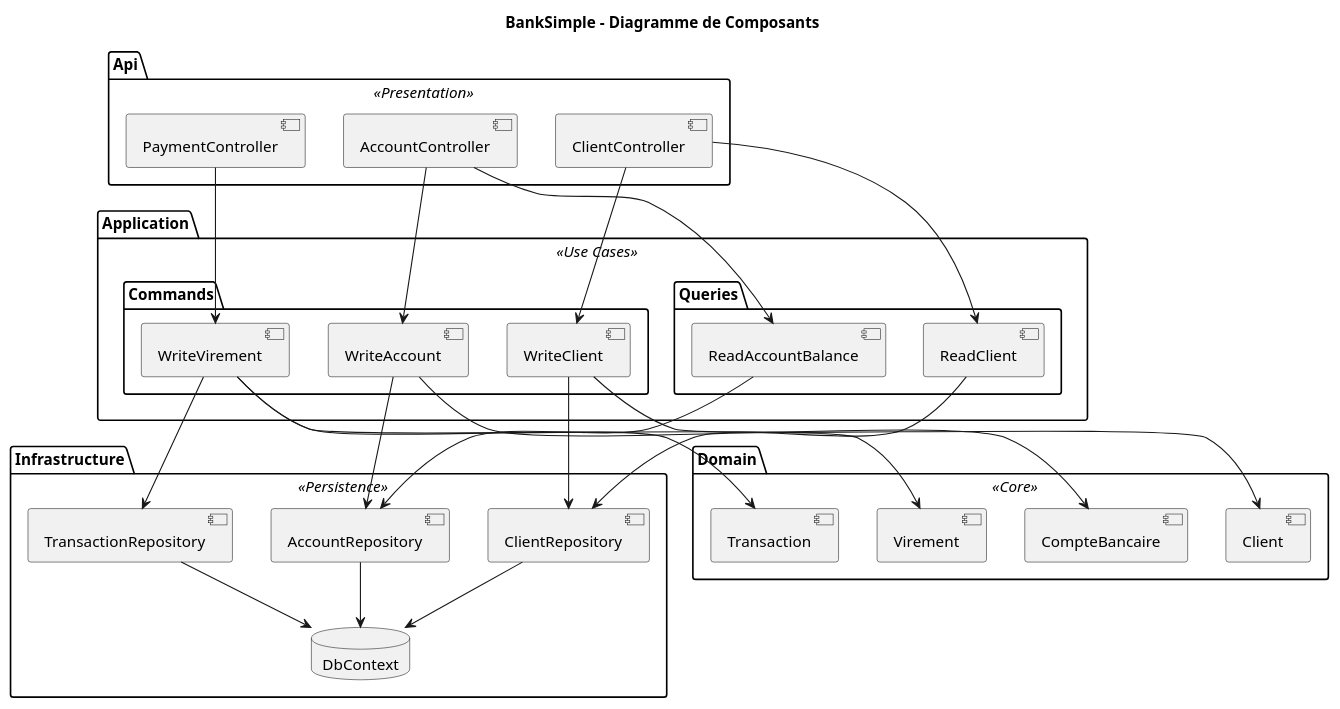
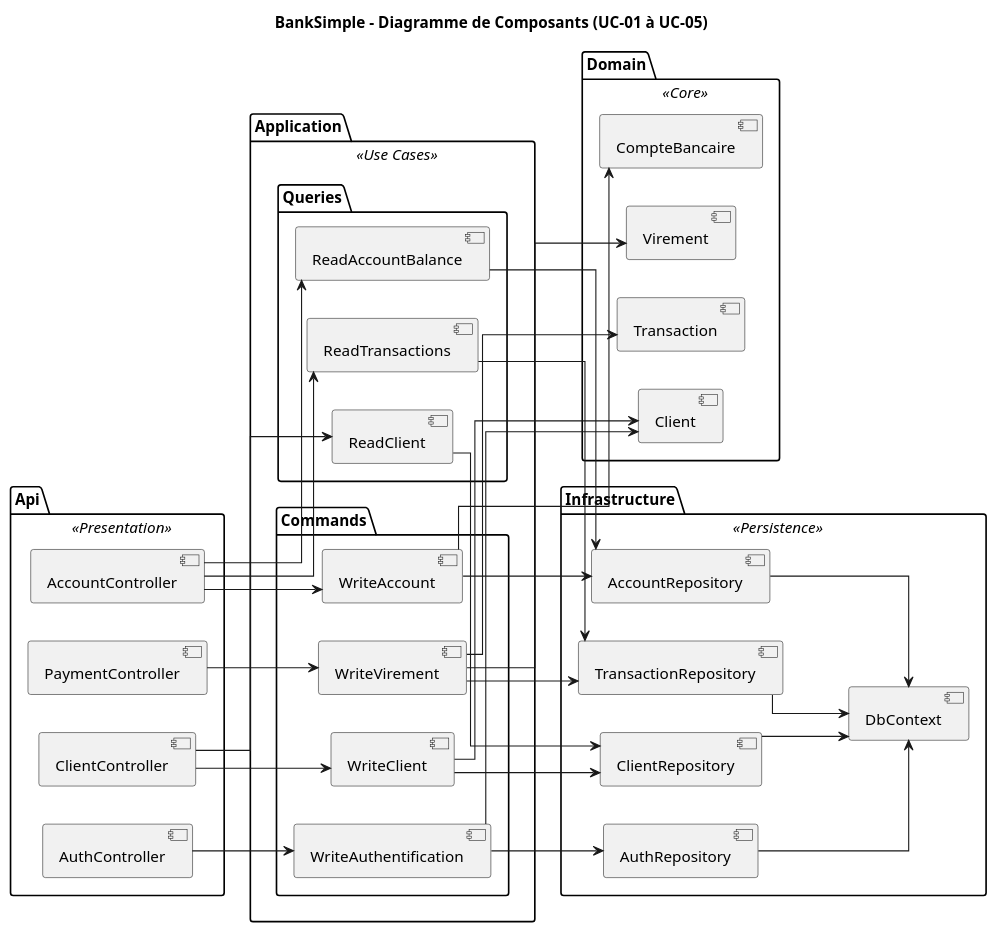
Before and after one commit to Toksunus/banksimple: the diagram in PlantUML/composant.puml, drawn with PlantUML. The commit also changed 34 other files, not shown here.

Commit message:
plantUML diagram changes

```diff
--- a/PlantUML/composant.puml
+++ b/PlantUML/composant.puml
@@ -1,63 +1,78 @@
-@startuml
-title BankSimple - Diagramme de Composants
+@startuml composant
+title BankSimple - Diagramme de Composants (UC-01 à UC-05)
+
+left to right direction
+skinparam linetype ortho
 
 package "Api" <<Presentation>> {
     [ClientController]
+    [AuthController]
     [AccountController]
     [PaymentController]
 }
 
 package "Application" <<Use Cases>> {
-    package Commands {
+    package "Commands" {
         [WriteClient]
+        [WriteAuthentification]
         [WriteAccount]
         [WriteVirement]
     }
-    
-    package Queries {
+    package "Queries" {
         [ReadClient]
         [ReadAccountBalance]
+        [ReadTransactions]
     }
 }
 
 package "Domain" <<Core>> {
     [Client]
     [CompteBancaire]
     [Virement]
     [Transaction]
 }
 
 package "Infrastructure" <<Persistence>> {
     [ClientRepository]
+    [AuthRepository]
     [AccountRepository]
     [TransactionRepository]
-    database "DbContext"
+    database [DbContext]
 }
 
-' Write flows
-[ClientController] -down-> [WriteClient]
-[WriteClient] -down-> [Client]
-[WriteClient] -right-> [ClientRepository]
+' UC-01/02 — Auth
+[AuthController] --> [WriteAuthentification]
+[WriteAuthentification] --> [Client]
+[WriteAuthentification] --> [AuthRepository]
 
-[AccountController] -down-> [WriteAccount]
-[WriteAccount] -down-> [CompteBancaire]
-[WriteAccount] -right-> [AccountRepository]
+' UC-01 — Inscription
+[ClientController] --> [WriteClient]
+[WriteClient] --> [Client]
+[WriteClient] --> [ClientRepository]
+[ClientController] --> [ReadClient]
+[ReadClient] --> [ClientRepository]
 
+' UC-03 — Ouverture de compte
+[AccountController] --> [WriteAccount]
+[WriteAccount] --> [CompteBancaire]
+[WriteAccount] --> [AccountRepository]
+
+' UC-04 — Consultation
+[AccountController] --> [ReadAccountBalance]
+[ReadAccountBalance] --> [AccountRepository]
+[AccountController] --> [ReadTransactions]
+[ReadTransactions] --> [TransactionRepository]
+
+' UC-05 — Virement
 [PaymentController] --> [WriteVirement]
 [WriteVirement] --> [Virement]
 [WriteVirement] --> [Transaction]
 [WriteVirement] --> [TransactionRepository]
 
-' Read flows
-[ClientController] --> [ReadClient]
-[ReadClient] --> [ClientRepository]
-
-[AccountController] --> [ReadAccountBalance]
-[ReadAccountBalance] --> [AccountRepository]
-
 ' Infrastructure
-[ClientRepository] --> DbContext
-[AccountRepository] --> DbContext
-[TransactionRepository] --> DbContext
+[ClientRepository] --> [DbContext]
+[AuthRepository] --> [DbContext]
+[AccountRepository] --> [DbContext]
+[TransactionRepository] --> [DbContext]
 
 @enduml
```
